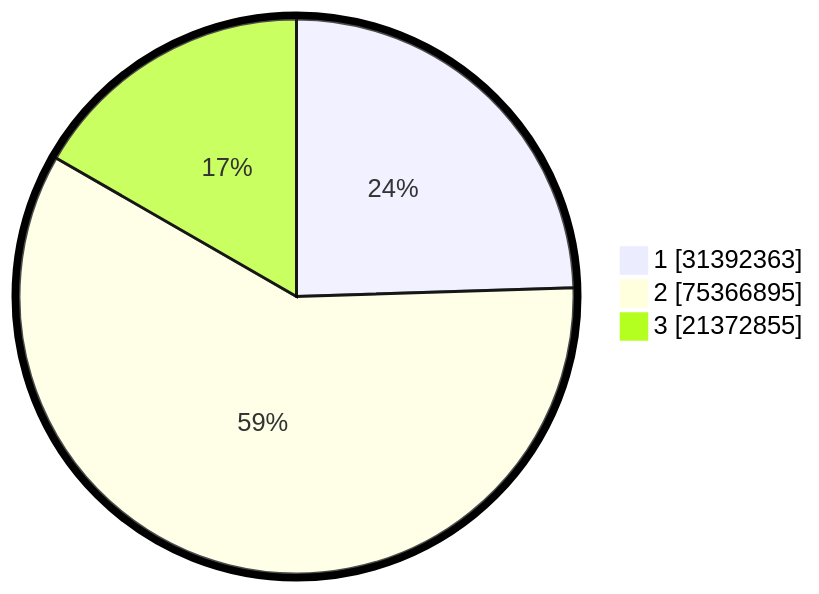
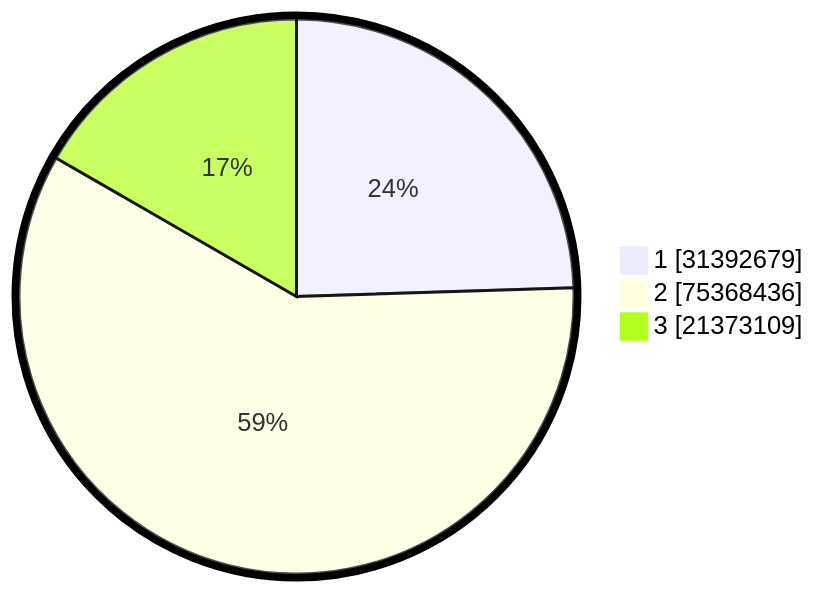
The second of 2 diagrams in pilpres/hitung-suara/README.md (gigit-pemilu/pemilu-2024), drawn with Mermaid before and after one commit. The commit also changed other lines of this file and 12 other files, not shown here.

````diff
--- a/pilpres/hitung-suara/README.md
+++ b/pilpres/hitung-suara/README.md
@@ -93,7 +93,7 @@
 ```mermaid
 %%{init: {"pie": {"textPosition": 0.5}, "themeVariables": {"pieOuterStrokeWidth": "5px"}} }%%
 pie showData
-    "1" : 31392363
-    "2" : 75366895
-    "3" : 21372855
+    "1" : 31392679
+    "2" : 75368436
+    "3" : 21373109
 ```
````
